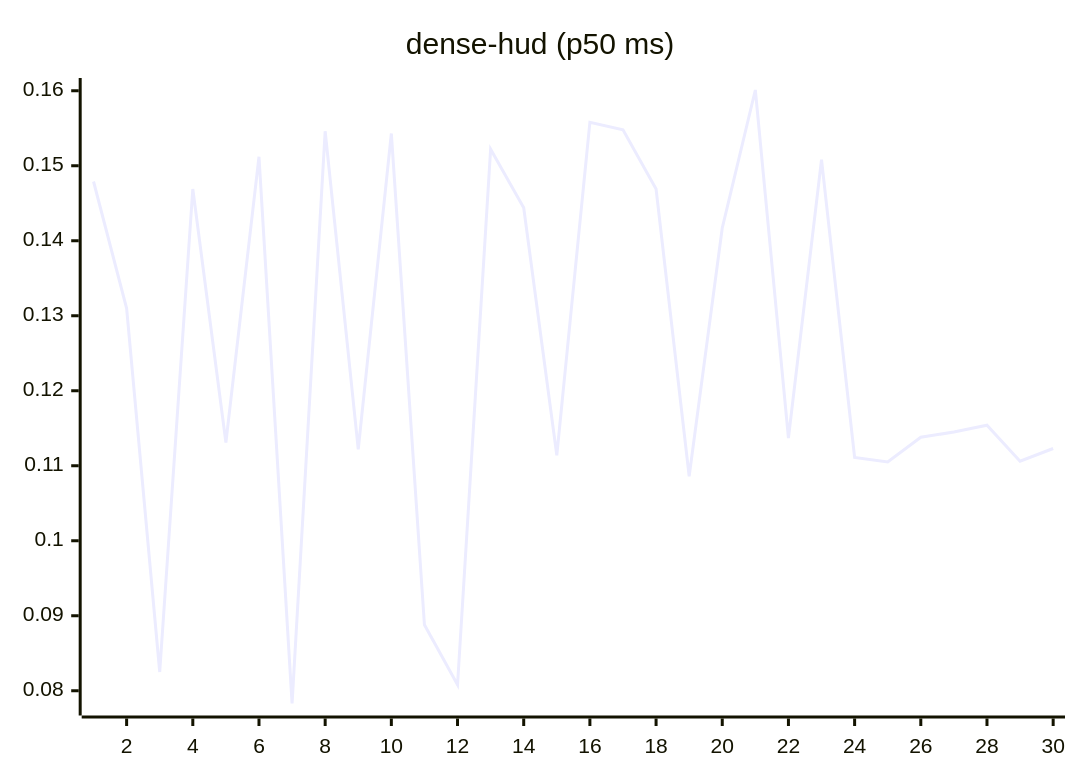
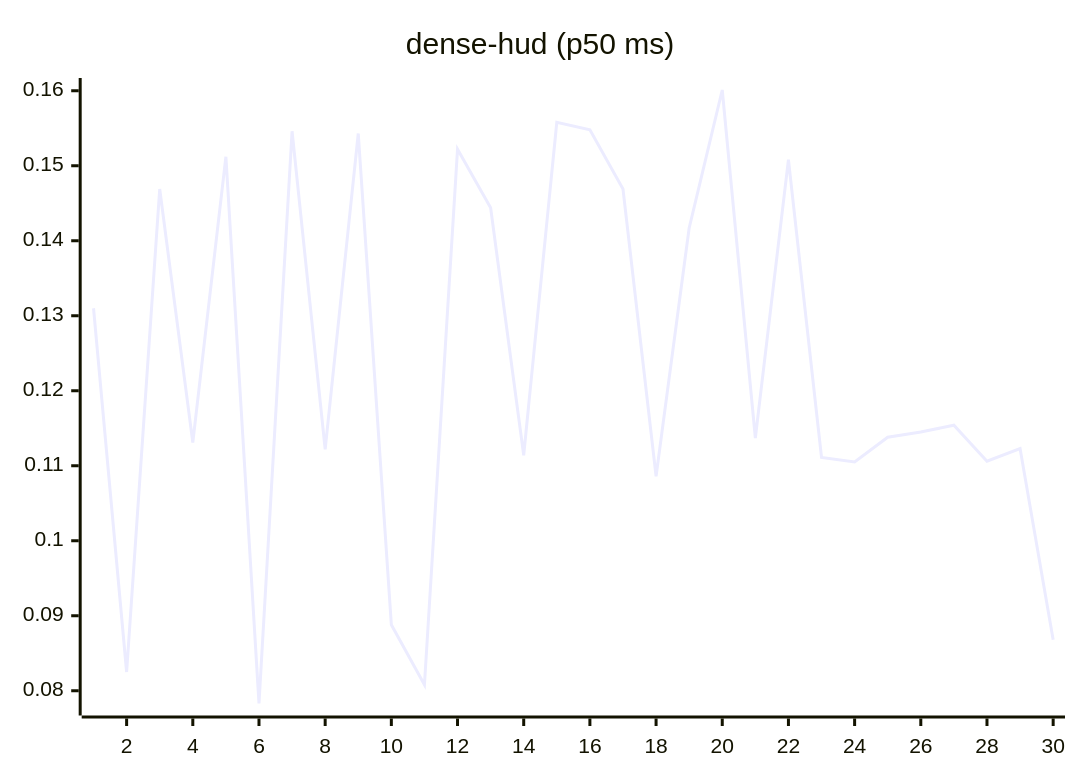
The eighth of 27 diagrams in README.md (josha/Facet), drawn with Mermaid before and after one commit. The commit also changed other lines of this file and 2 other files, not shown here.

````diff
--- a/README.md
+++ b/README.md
@@ -112,6 +112,6 @@
 ```mermaid
 xychart-beta
     title "dense-hud (p50 ms)"
     x-axis 1 --> 30
-    line [0.1479, 0.1310, 0.0825, 0.1469, 0.1131, 0.1512, 0.0783, 0.1546, 0.1122, 0.1543, 0.0888, 0.0808, 0.1522, 0.1444, 0.1114, 0.1558, 0.1548, 0.1469, 0.1086, 0.1417, 0.1601, 0.1137, 0.1508, 0.1111, 0.1105, 0.1138, 0.1145, 0.1154, 0.1106, 0.1123]
+    line [0.1310, 0.0825, 0.1469, 0.1131, 0.1512, 0.0783, 0.1546, 0.1122, 0.1543, 0.0888, 0.0808, 0.1522, 0.1444, 0.1114, 0.1558, 0.1548, 0.1469, 0.1086, 0.1417, 0.1601, 0.1137, 0.1508, 0.1111, 0.1105, 0.1138, 0.1145, 0.1154, 0.1106, 0.1123, 0.0868]
 ```
````
